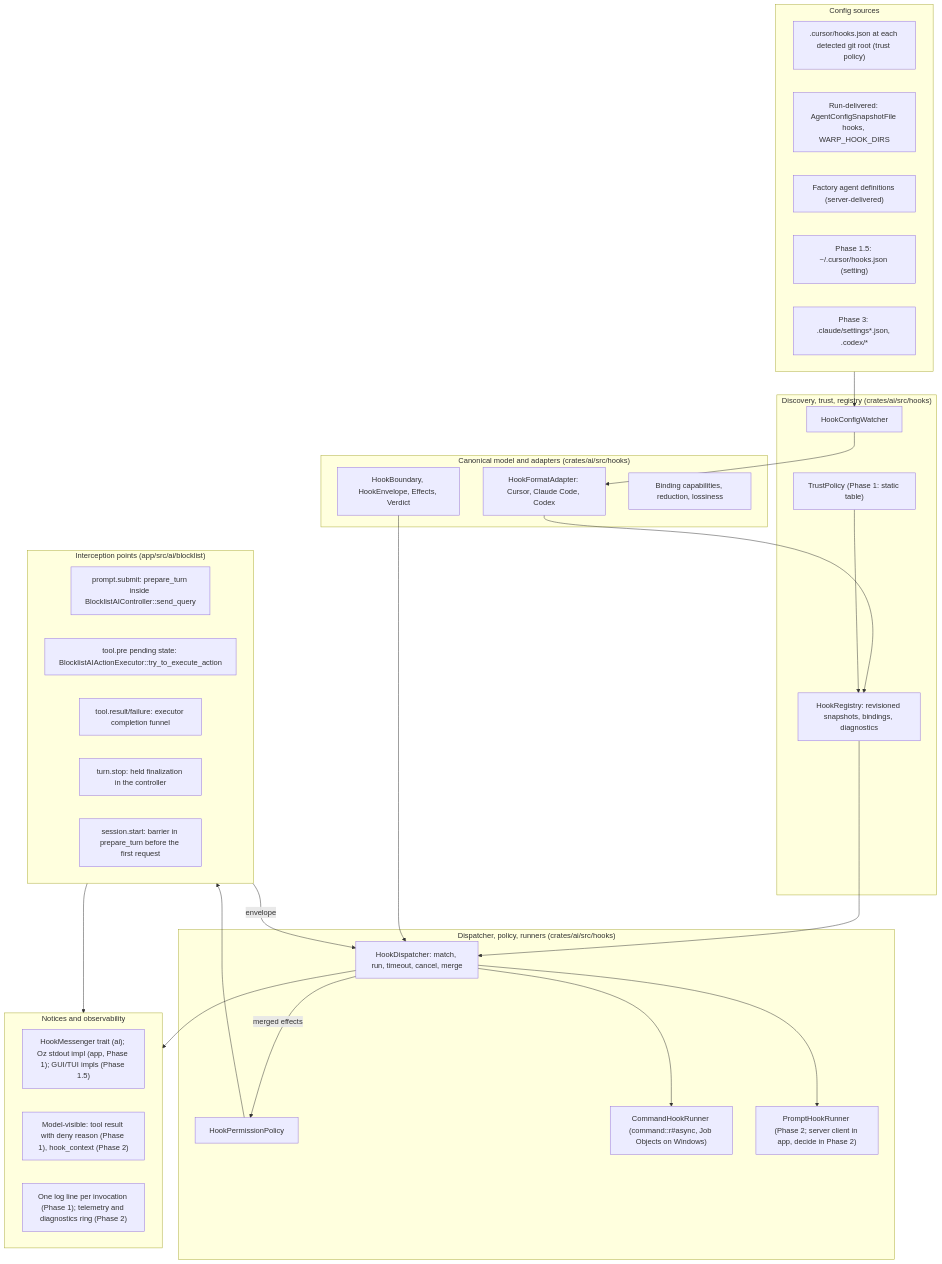
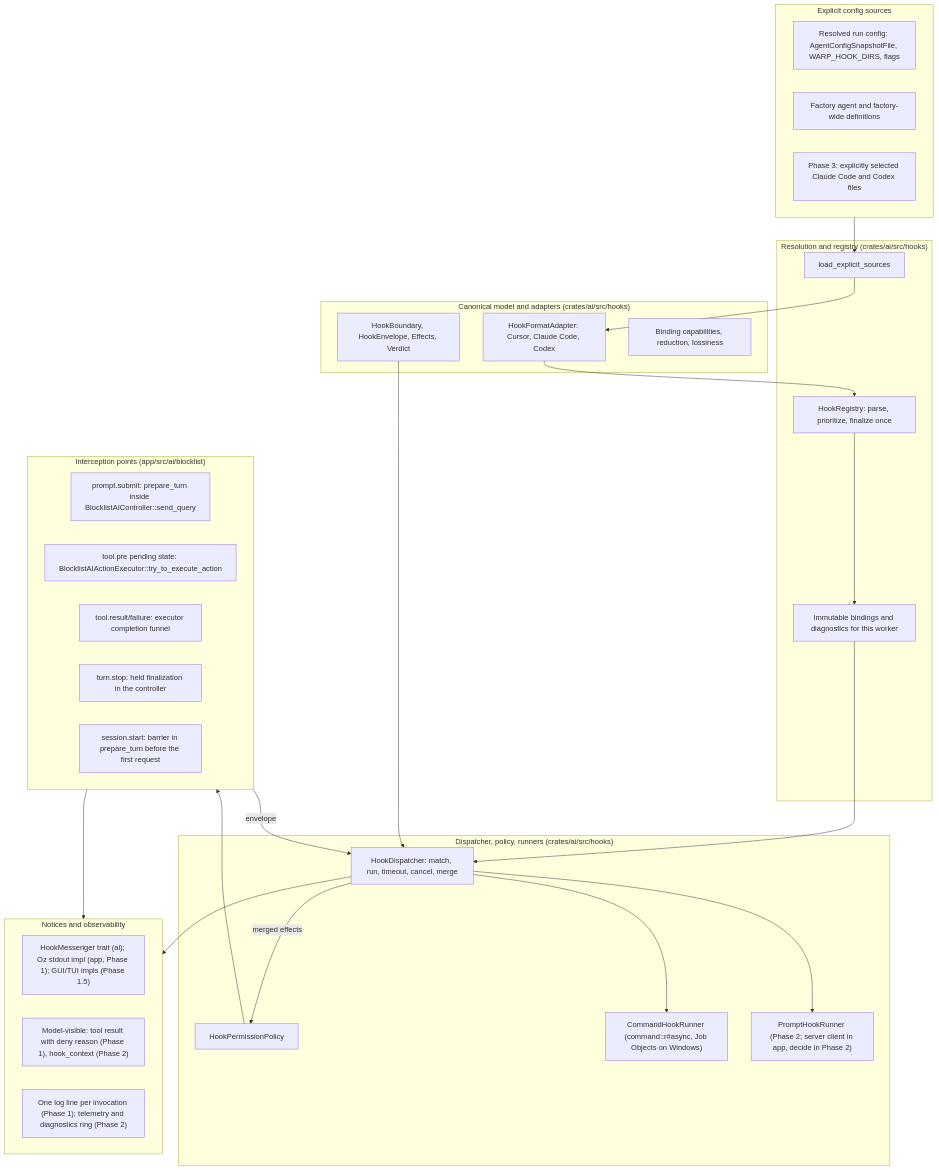
Before and after one commit to Phathat-Technologies-Ltd/neo-warp: the diagram in specs/agent-hooks/architecture.md, drawn with Mermaid. The commit also changed other lines of this file and 23 other files, not shown here.

First line of the commit message:
hooks: load and freeze explicitly configured sources (#16588)

````diff
--- a/specs/agent-hooks/architecture.md
+++ b/specs/agent-hooks/architecture.md
@@ -45,48 +45,45 @@
 ```mermaid
 flowchart TB
-  subgraph Sources["Config sources"]
-    S1[".cursor/hooks.json at each detected git root (trust policy)"]
-    S2["Run-delivered: AgentConfigSnapshotFile hooks, WARP_HOOK_DIRS"]
-    S3["Factory agent definitions (server-delivered)"]
-    S4["Phase 1.5: ~/.cursor/hooks.json (setting)"]
-    S5["Phase 3: .claude/settings*.json, .codex/*"]
+  subgraph Sources["Explicit config sources"]
+    S1["Resolved run config: AgentConfigSnapshotFile, WARP_HOOK_DIRS, flags"]
+    S2["Factory agent and factory-wide definitions"]
+    S3["Phase 3: explicitly selected Claude Code and Codex files"]
   end
   subgraph Pure["Canonical model and adapters (crates/ai/src/hooks)"]
     P1["HookBoundary, HookEnvelope, Effects, Verdict"]
     P2["HookFormatAdapter: Cursor, Claude Code, Codex"]
     P3["Binding capabilities, reduction, lossiness"]
   end
-  subgraph Discovery["Discovery, trust, registry (crates/ai/src/hooks)"]
-    D1["HookConfigWatcher"]
-    D2["TrustPolicy (Phase 1: static table)"]
-    D3["HookRegistry: revisioned snapshots, bindings, diagnostics"]
+  subgraph Resolution["Resolution and registry (crates/ai/src/hooks)"]
+    D1["load_explicit_sources"]
+    D2["HookRegistry: parse, prioritize, finalize once"]
+    D3["Immutable bindings and diagnostics for this worker"]
   end
   subgraph Runtime["Dispatcher, policy, runners (crates/ai/src/hooks)"]
     R1["HookDispatcher: match, run, timeout, cancel, merge"]
     R2["HookPermissionPolicy"]
     R3["CommandHookRunner (command::r#async, Job Objects on Windows)"]
     R4["PromptHookRunner (Phase 2; server client in app, decide in Phase 2)"]
   end
   subgraph Loop["Interception points (app/src/ai/blocklist)"]
     L1["prompt.submit: prepare_turn inside BlocklistAIController::send_query"]
     L2["tool.pre pending state: BlocklistAIActionExecutor::try_to_execute_action"]
     L3["tool.result/failure: executor completion funnel"]
     L4["turn.stop: held finalization in the controller"]
     L5["session.start: barrier in prepare_turn before the first request"]
   end
   subgraph Out["Notices and observability"]
     O1["HookMessenger trait (ai); Oz stdout impl (app, Phase 1); GUI/TUI impls (Phase 1.5)"]
     O2["Model-visible: tool result with deny reason (Phase 1), hook_context (Phase 2)"]
     O3["One log line per invocation (Phase 1); telemetry and diagnostics ring (Phase 2)"]
   end
-  Sources --> D1 --> P2 --> D3
-  D2 --> D3
+  Sources --> D1 --> P2 --> D2 --> D3
   D3 --> R1
   P1 --> R1
   Loop -- envelope --> R1
   R1 --> R3
   R1 --> R4
   R1 -- merged effects --> R2 --> Loop
   R1 --> Out
   Loop --> Out
 ```
````
